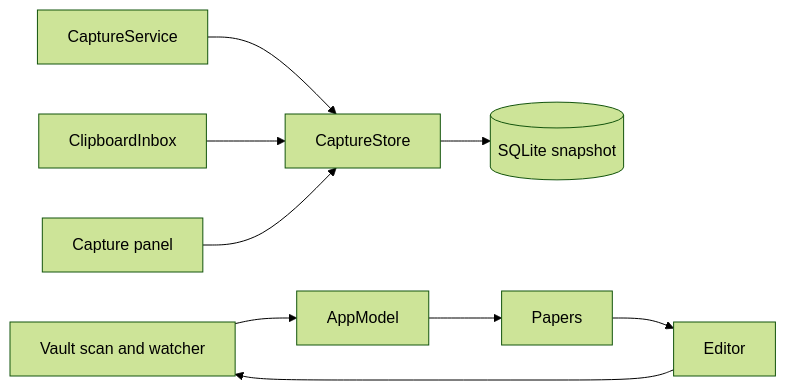
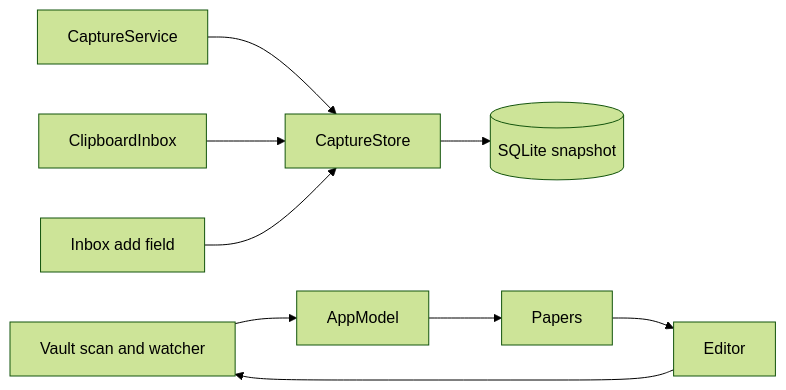
Before and after one commit to sonnes/piper: the diagram in docs/internals/architecture.md, drawn with Mermaid (forest theme). The commit also changed other lines of this file and 14 other files, not shown here.

First line of the commit message:
Describe the Inbox add field in place of the capture panel

````diff
--- a/docs/internals/architecture.md
+++ b/docs/internals/architecture.md
@@ -14,10 +14,10 @@
 ```mermaid
 flowchart LR
     CS[CaptureService] --> S[CaptureStore]
     CB[ClipboardInbox] --> S
-    P[Capture panel] --> S
+    P[Inbox add field] --> S
     S --> D[(SQLite snapshot)]
     V[Vault scan and watcher] --> M[AppModel]
     M --> W[Papers]
     W --> ED[Editor] --> V
 ```
````
